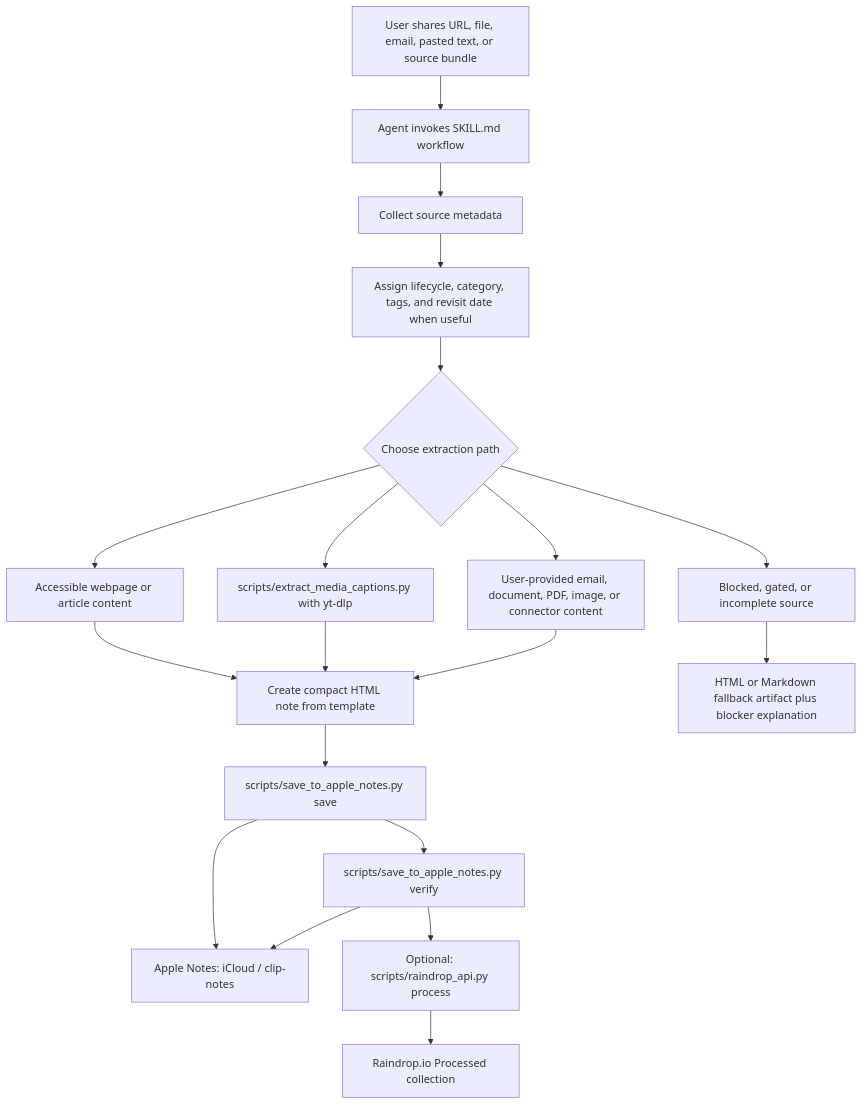
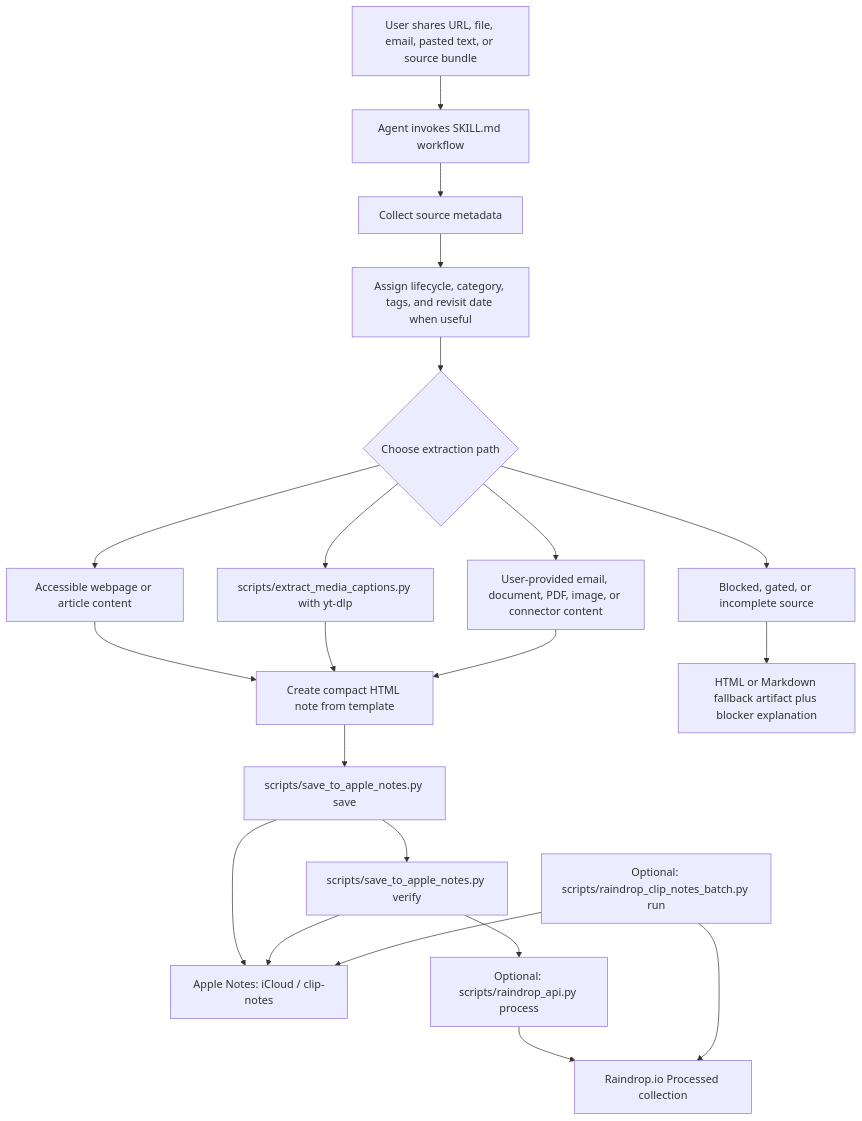
Before and after one commit to miketaheny/clip-notes: the diagram in docs/ARCHITECTURE.md, drawn with Mermaid. The commit also changed other lines of this file and 12 other files, not shown here.

Commit message:
feat: add Raindrop batch runner

````diff
--- a/docs/ARCHITECTURE.md
+++ b/docs/ARCHITECTURE.md
@@ -19,29 +20,32 @@
 ```mermaid
 flowchart TD
     User["User shares URL, file, email, pasted text, or source bundle"]
     Agent["Agent invokes SKILL.md workflow"]
     Metadata["Collect source metadata"]
     Classify["Assign lifecycle, category, tags, and revisit date when useful"]
     Extract{"Choose extraction path"}
     Web["Accessible webpage or article content"]
     Media["scripts/extract_media_captions.py with yt-dlp"]
     Private["User-provided email, document, PDF, image, or connector content"]
     Blocked["Blocked, gated, or incomplete source"]
     Summarize["Create compact HTML note from template"]
     Save["scripts/save_to_apple_notes.py save"]
     Verify["scripts/save_to_apple_notes.py verify"]
     Notes["Apple Notes: iCloud / clip-notes"]
     Raindrop["Optional: scripts/raindrop_api.py process"]
+    Batch["Optional: scripts/raindrop_clip_notes_batch.py run"]
     Processed["Raindrop.io Processed collection"]
     Fallback["HTML or Markdown fallback artifact plus blocker explanation"]
 
     User --> Agent
     Agent --> Metadata --> Classify --> Extract
     Extract --> Web --> Summarize
     Extract --> Media --> Summarize
     Extract --> Private --> Summarize
     Extract --> Blocked --> Fallback
     Summarize --> Save --> Notes
     Save --> Verify --> Notes
     Verify --> Raindrop --> Processed
+    Batch --> Notes
+    Batch --> Processed
 ```
````
